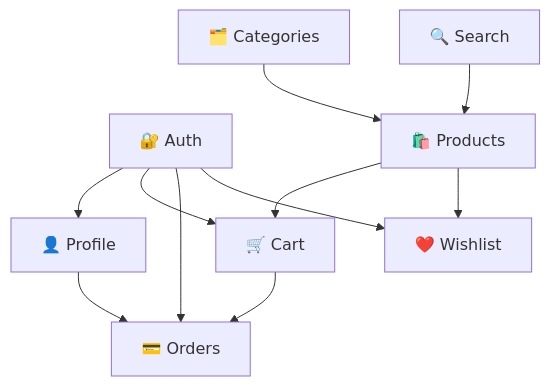
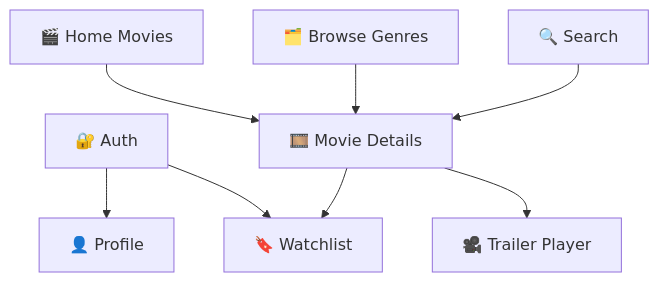
The diagram in .agent/FEATURE_INDEX.md (Abdllhmostafa/Movie), drawn with Mermaid before and after one commit. The commit also changed other lines of this file and 24 other files, not shown here.

````diff
--- a/.agent/FEATURE_INDEX.md
+++ b/.agent/FEATURE_INDEX.md
@@ -260,15 +215,12 @@
 ```mermaid
 graph TD
     Auth[🔐 Auth] --> Profile[👤 Profile]
-    Auth --> Cart[🛒 Cart]
-    Auth --> Orders[💳 Orders]
-    Auth --> Wishlist[❤️ Wishlist]
+    Auth --> Watchlist[🔖 Watchlist]
     
-    Categories[🗂️ Categories] --> Products[🛍️ Products]
-    Search[🔍 Search] --> Products
-    Products --> Cart
-    Products --> Wishlist
+    Home[🎬 Home Movies] --> Details[🎞️ Movie Details]
+    Genres[🗂️ Browse Genres] --> Details
+    Search[🔍 Search] --> Details
     
-    Cart --> Orders
-    Profile --> Orders
+    Details --> Watchlist
+    Details --> Trailer[🎥 Trailer Player]
 ```
````
